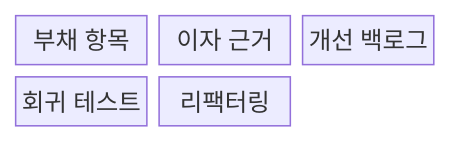
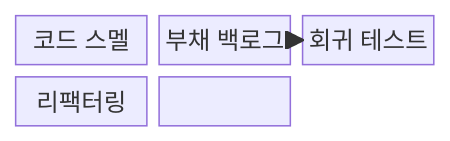
Before and after one commit to agnusdei1207/knowledge-base: the first of 2 diagrams in src/content/docs/notes/03-software/065_refactoring_technical_debt.md, drawn with Mermaid. The commit also changed other lines of this file and 20 other files, not shown here.

````diff
--- a/src/content/docs/notes/03-software/065_refactoring_technical_debt.md
+++ b/src/content/docs/notes/03-software/065_refactoring_technical_debt.md
@@ -53,9 +54,10 @@
 ```mermaid
-block-beta
+block
   columns 3
-  D["부채 항목"]
-  I["이자 근거"]
-  B["개선 백로그"]
+  S["코드 스멜"]
+  B["부채 백로그"]
   T["회귀 테스트"]
   R["리팩터링"]
+  S --> B --> R --> T
+  T --> B
 ```
````
